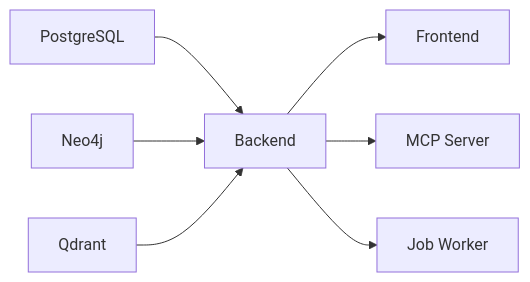
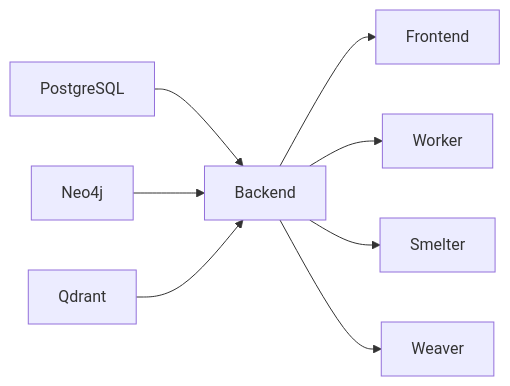
The diagram in docs/system/services/OVERVIEW.md (The-AI-Alliance/semiont), drawn with Mermaid before and after one commit. The commit also changed other lines of this file and 269 other files, not shown here.

````diff
--- a/docs/system/services/OVERVIEW.md
+++ b/docs/system/services/OVERVIEW.md
@@ -118,9 +147,10 @@
 ```mermaid
 graph LR
     DB[PostgreSQL] --> BE[Backend]
     GRAPH[Neo4j] --> BE
     VECTORS[Qdrant] --> BE
     BE --> FE[Frontend]
-    BE --> MCP[MCP Server]
-    BE --> JW[Job Worker]
+    BE --> W[Worker]
+    BE --> SM[Smelter]
+    BE --> WV[Weaver]
 ```
````
